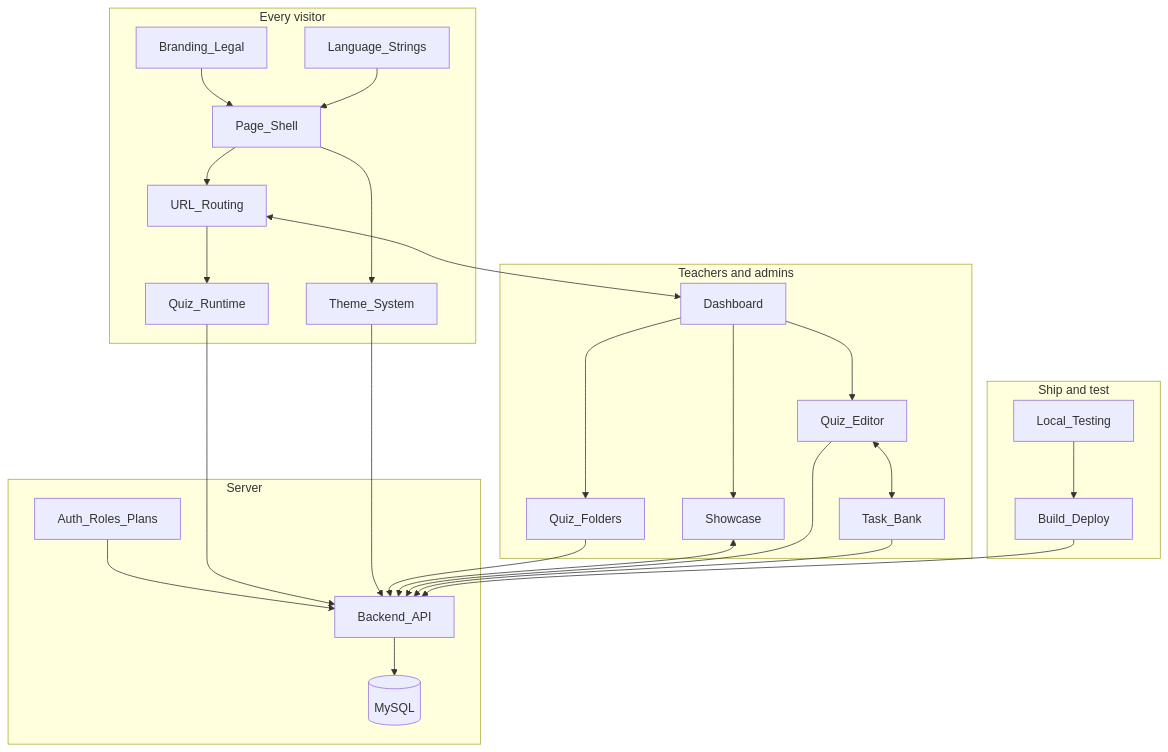
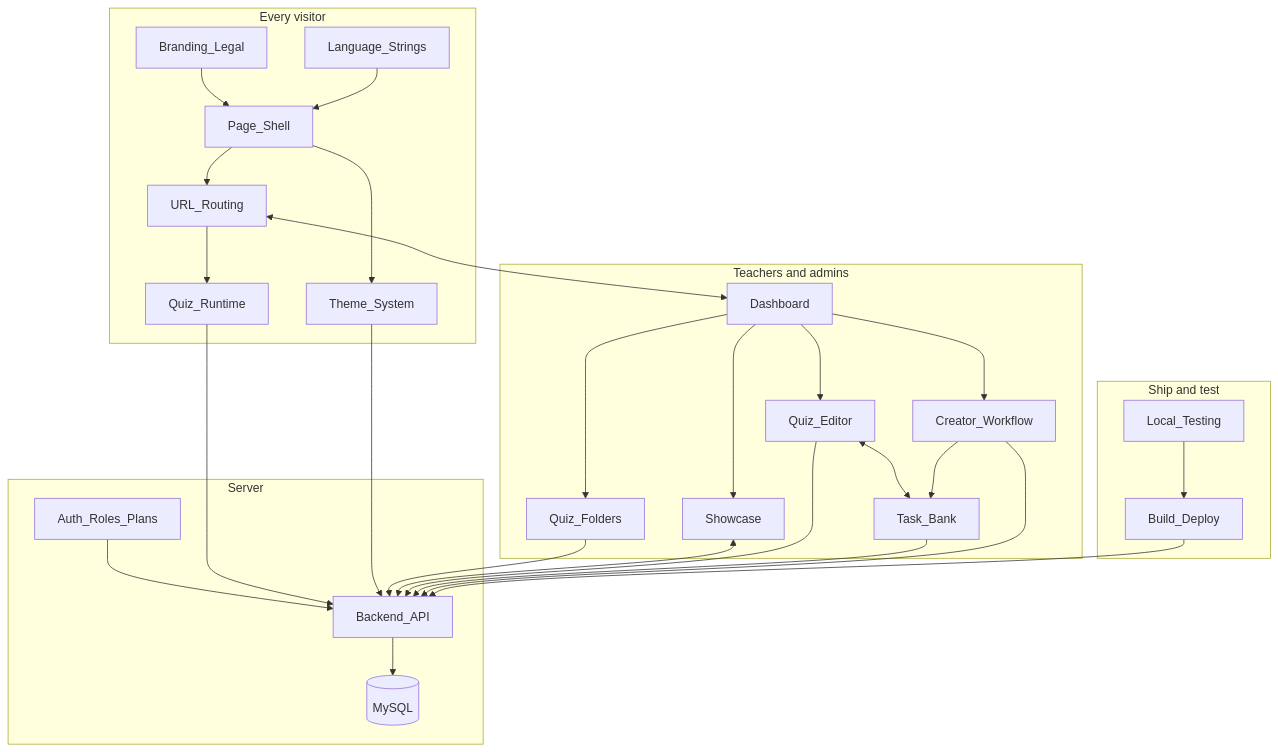
Before and after one commit to devukas-eng/Quizleris: the diagram in docs/brain/00_MOC_Architecture.md, drawn with Mermaid. The commit also changed other lines of this file and 31 other files, not shown here.

````diff
--- a/docs/brain/00_MOC_Architecture.md
+++ b/docs/brain/00_MOC_Architecture.md
@@ -23,32 +23,35 @@
 ```mermaid
 flowchart TD
     subgraph visitor["Every visitor"]
         Branding_Legal --> Page_Shell
         Language_Strings --> Page_Shell
         Page_Shell --> URL_Routing
         Page_Shell --> Theme_System
         URL_Routing --> Quiz_Runtime
     end
     subgraph staff["Teachers and admins"]
         Dashboard --> Quiz_Folders
         Dashboard --> Showcase
         Dashboard --> Quiz_Editor
         Quiz_Editor <--> Task_Bank
+        Dashboard --> Creator_Workflow
+        Creator_Workflow --> Task_Bank
     end
     subgraph server["Server"]
         Auth_Roles_Plans --> Backend_API
         Backend_API --> MySQL[("MySQL")]
     end
     subgraph ship["Ship and test"]
         Local_Testing --> Build_Deploy
     end
     URL_Routing <--> Dashboard
     Quiz_Runtime --> Backend_API
     Theme_System --> Backend_API
     Quiz_Folders --> Backend_API
     Showcase <--> Backend_API
     Quiz_Editor --> Backend_API
     Task_Bank --> Backend_API
+    Creator_Workflow --> Backend_API
     Build_Deploy --> Backend_API
-    class Branding_Legal,Language_Strings,Page_Shell,URL_Routing,Theme_System,Quiz_Runtime,Dashboard,Quiz_Folders,Showcase,Quiz_Editor,Task_Bank,Auth_Roles_Plans,Backend_API,Local_Testing,Build_Deploy internal-link;
+    class Branding_Legal,Language_Strings,Page_Shell,URL_Routing,Theme_System,Quiz_Runtime,Dashboard,Quiz_Folders,Showcase,Quiz_Editor,Task_Bank,Creator_Workflow,Auth_Roles_Plans,Backend_API,Local_Testing,Build_Deploy internal-link;
 ```
````
